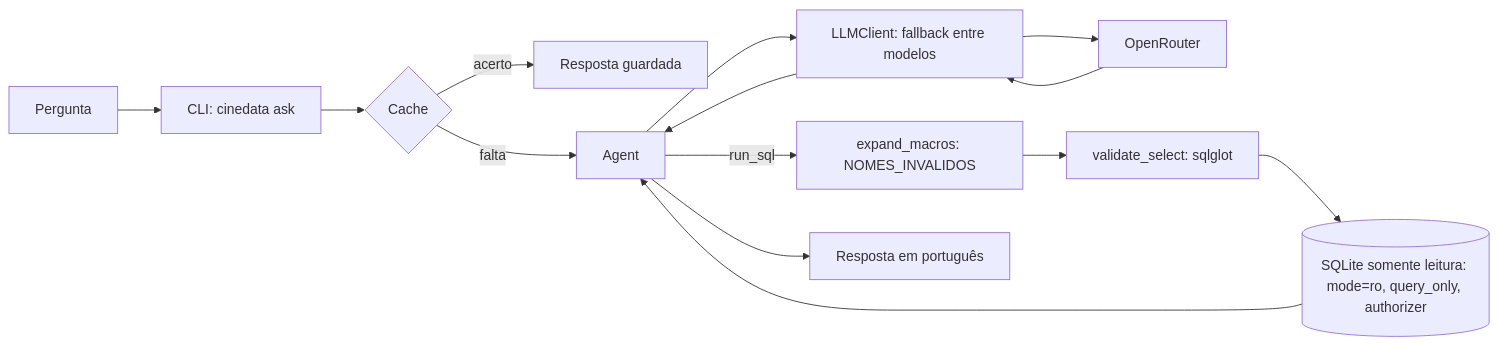
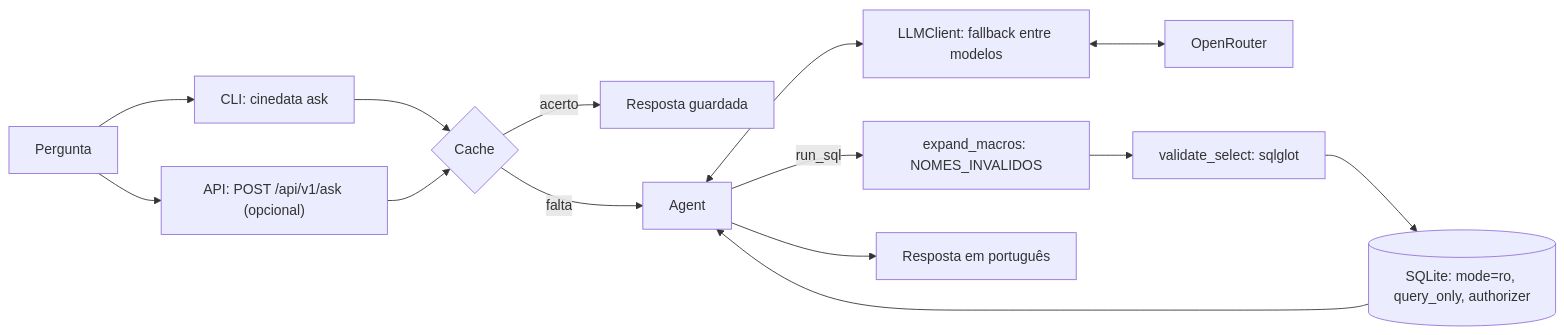
The diagram in README.md (AdrianMichael5/cinedata-agent), drawn with Mermaid before and after one commit. The commit also changed other lines of this file, not shown here.

````diff
--- a/README.md
+++ b/README.md
@@ -7,16 +92,16 @@
 ```mermaid
 flowchart LR
     P["Pergunta"] --> CLI["CLI: cinedata ask"]
+    P --> API["API: POST /api/v1/ask (opcional)"]
     CLI --> C{"Cache"}
+    API --> C
     C -- "acerto" --> R0["Resposta guardada"]
     C -- "falta" --> A["Agent"]
-    A --> L["LLMClient: fallback entre modelos"]
-    L --> O["OpenRouter"]
-    O --> L
-    L --> A
+    A <--> L["LLMClient: fallback entre modelos"]
+    L <--> O["OpenRouter"]
     A -- "run_sql" --> M["expand_macros: NOMES_INVALIDOS"]
     M --> V["validate_select: sqlglot"]
-    V --> S[("SQLite somente leitura: mode=ro, query_only, authorizer")]
+    V --> S[("SQLite: mode=ro, query_only, authorizer")]
     S --> A
     A --> R["Resposta em português"]
 ```
````
